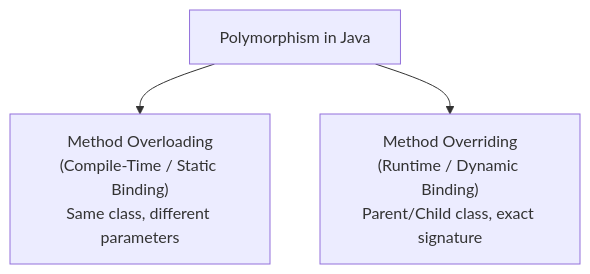
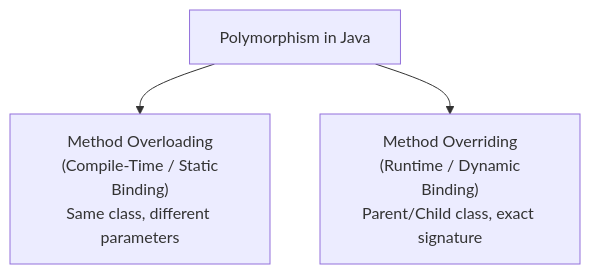
One commit to pploc/swe-icon-the-moment changed the diagram in content/questions/language/java/java-method-overloading-vs-overriding.md. Above: the diagram before and after it, drawn with Mermaid. The commit also changed 95 other files, not shown here.

Commit message:
fix: update the practice mode diagram bug not display

````diff
--- a/content/questions/language/java/java-method-overloading-vs-overriding.md
+++ b/content/questions/language/java/java-method-overloading-vs-overriding.md
@@ -21,8 +21,9 @@
 ```mermaid
 flowchart TD
     Poly["Polymorphism in Java"]
-    Poly --> Overload["Method Overloading\n(Compile-Time / Static Binding)\nSame class, different parameters"]
-    Poly --> Override["Method Overriding\n(Runtime / Dynamic Binding)\nParent/Child class, exact signature"]
+    Poly --> Overload["Method Overloading\n (Compile-Time / Static Binding)\nSame class, different parameters"]
+    Poly --> Override["Method Overriding\n (Runtime / Dynamic Binding)\nParent/Child class, exact signature"]
+
 
 
 ```
````
